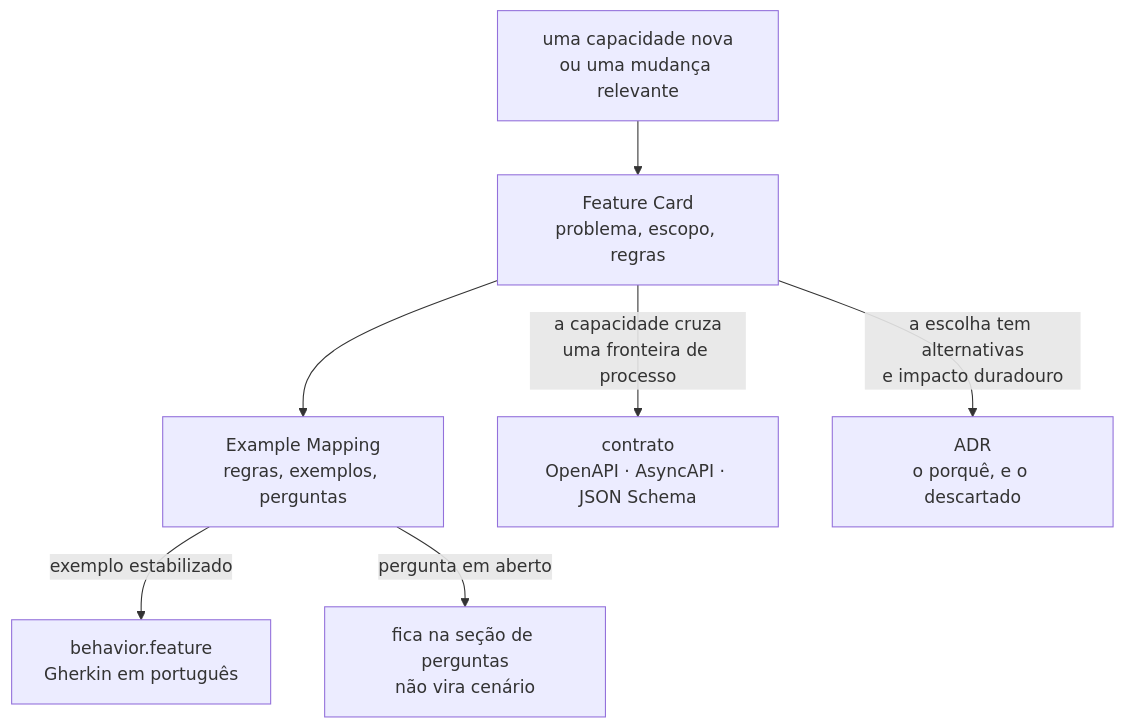
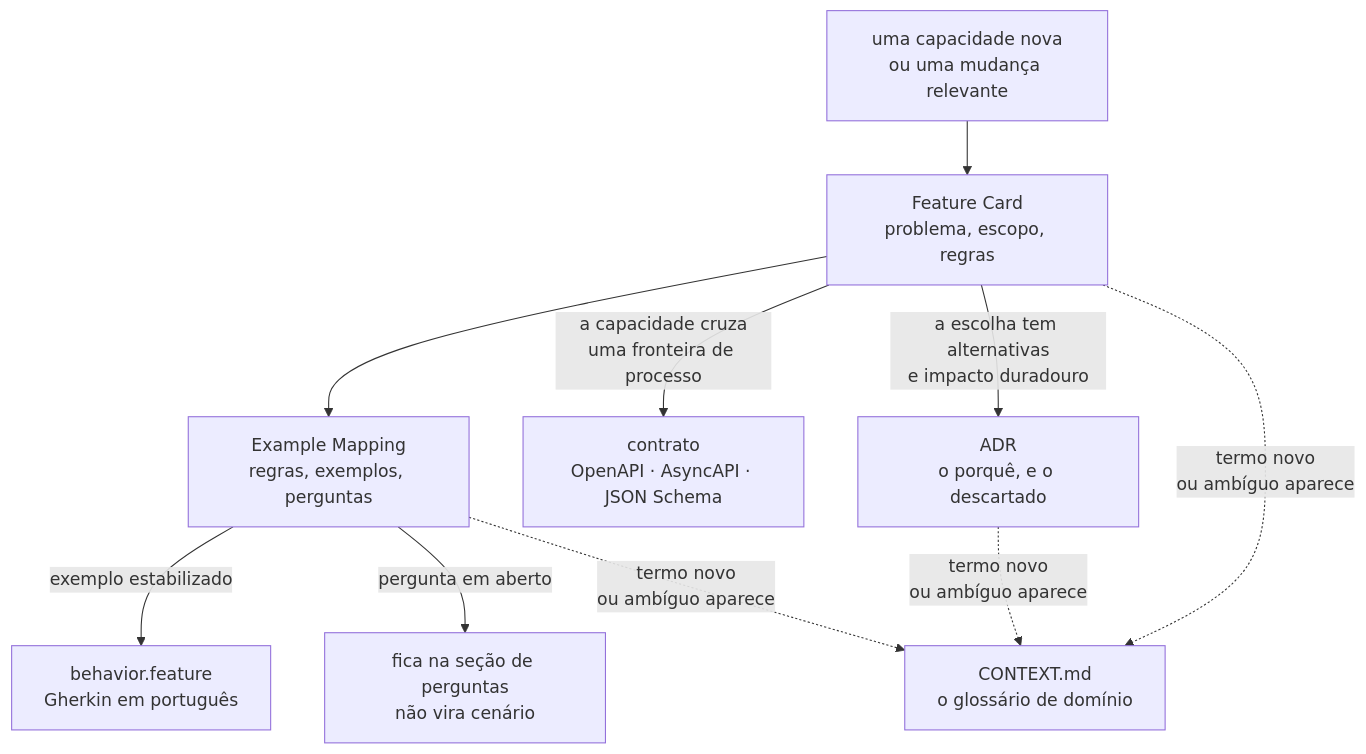
Before and after one commit to da0hn/distributed-systems-experiment-lab: the diagram in docs/specification-process.md, drawn with Mermaid. The commit also changed other lines of this file and 13 other files, not shown here.

````diff
--- a/docs/specification-process.md
+++ b/docs/specification-process.md
@@ -32,9 +32,12 @@
 ```mermaid
 flowchart TB
     CAP["uma capacidade nova<br/>ou uma mudança relevante"] --> FC["Feature Card<br/>problema, escopo, regras"]
     FC --> EM["Example Mapping<br/>regras, exemplos, perguntas"]
     EM -->|" exemplo estabilizado "| BDD["behavior.feature<br/>Gherkin em português"]
     EM -->|" pergunta em aberto "| Q["fica na seção de perguntas<br/>não vira cenário"]
     FC -->|" a capacidade cruza<br/>uma fronteira de processo "| CT["contrato<br/>OpenAPI · AsyncAPI · JSON Schema"]
     FC -->|" a escolha tem alternativas<br/>e impacto duradouro "| ADR["ADR<br/>o porquê, e o descartado"]
+    FC -.->|" termo novo<br/>ou ambíguo aparece "| CTX["CONTEXT.md<br/>o glossário de domínio"]
+    EM -.->|" termo novo<br/>ou ambíguo aparece "| CTX
+    ADR -.->|" termo novo<br/>ou ambíguo aparece "| CTX
 ```
````
